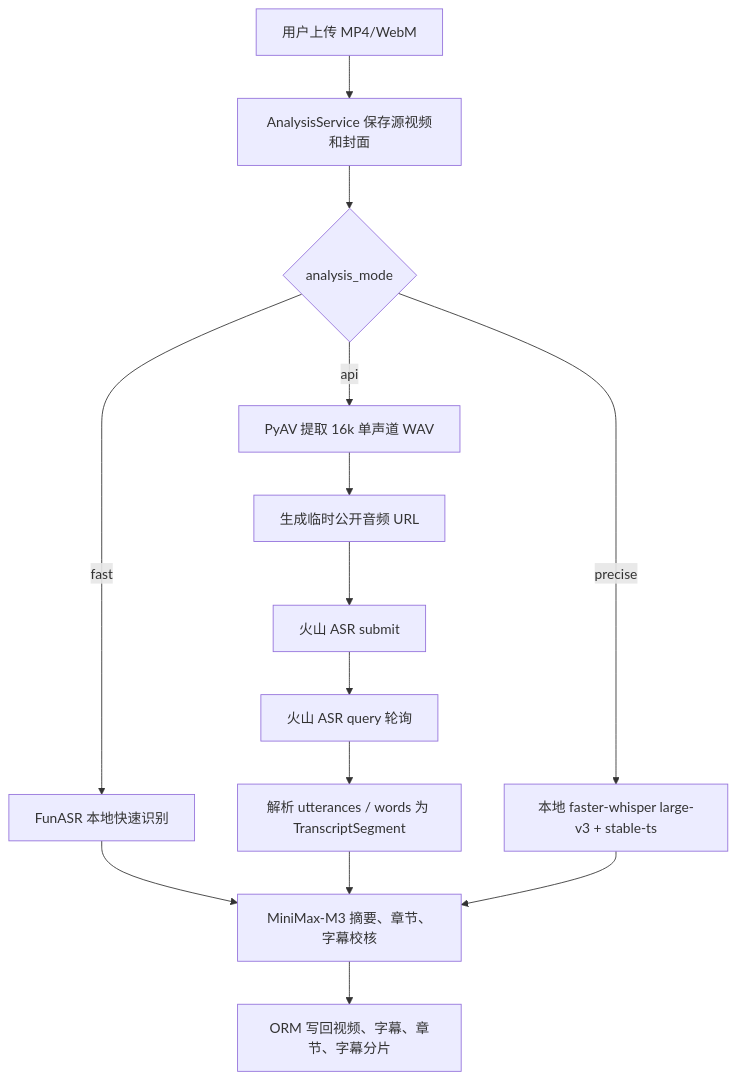
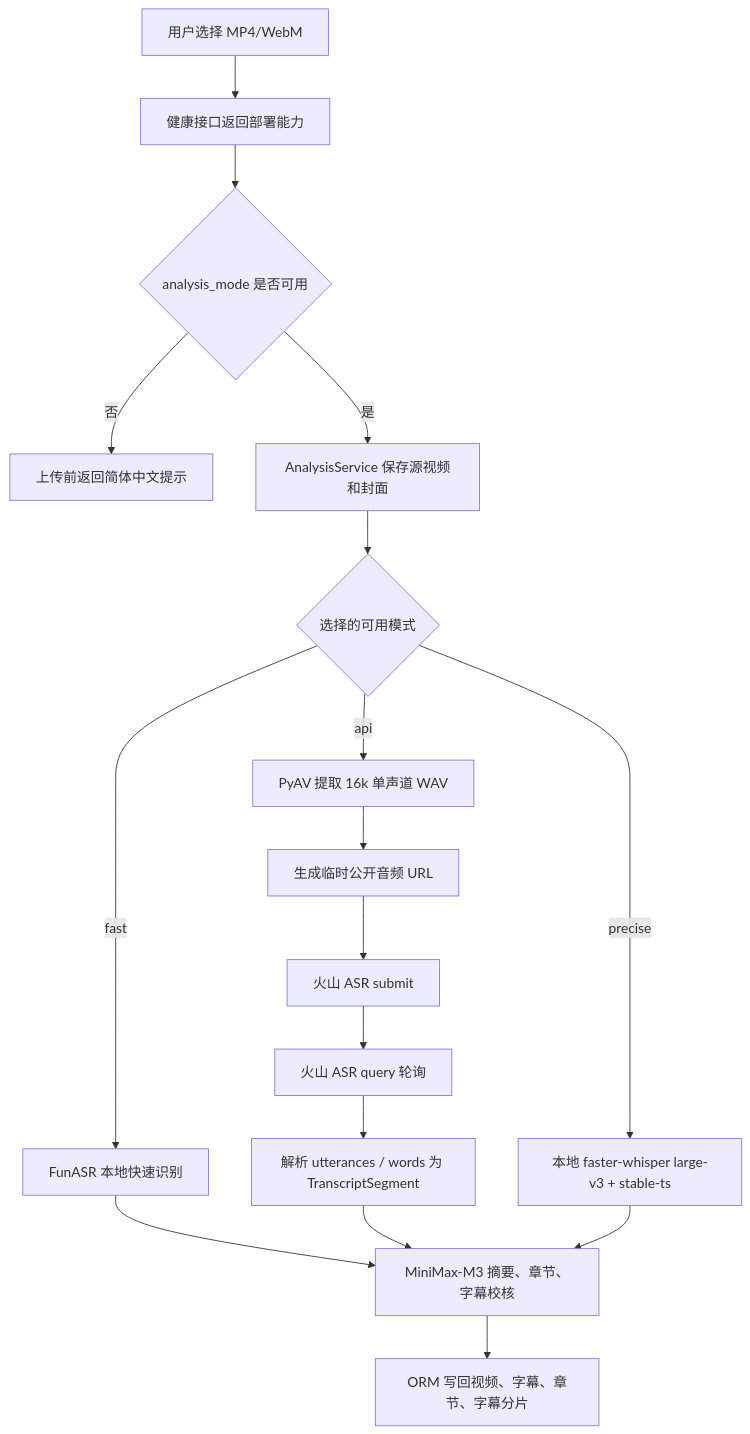
One commit to qwe605/xunlei_ai_video changed diagram 23 of 23 in docs/项目说明文档.md. Above: the diagram before and after it, drawn with Mermaid. The commit also changed other lines of this file and 1 other file, not shown here.

````diff
--- a/docs/项目说明文档.md
+++ b/docs/项目说明文档.md
@@ -1127,16 +1130,19 @@
 ```mermaid
 flowchart TD
-    A["用户上传 MP4/WebM"] --> B["AnalysisService 保存源视频和封面"]
-    B --> C{"analysis_mode"}
-    C -->|fast| D["FunASR 本地快速识别"]
-    C -->|api| E["PyAV 提取 16k 单声道 WAV"]
+    A["用户选择 MP4/WebM"] --> Z["健康接口返回部署能力"]
+    Z --> C{"analysis_mode 是否可用"}
+    C -->|否| X["上传前返回简体中文提示"]
+    C -->|是| B["AnalysisService 保存源视频和封面"]
+    B --> M{"选择的可用模式"}
+    M -->|fast| D["FunASR 本地快速识别"]
+    M -->|api| E["PyAV 提取 16k 单声道 WAV"]
     E --> F["生成临时公开音频 URL"]
     F --> G["火山 ASR submit"]
     G --> H["火山 ASR query 轮询"]
     H --> I["解析 utterances / words 为 TranscriptSegment"]
-    C -->|precise| J["本地 faster-whisper large-v3 + stable-ts"]
+    M -->|precise| J["本地 faster-whisper large-v3 + stable-ts"]
     D --> K["MiniMax-M3 摘要、章节、字幕校核"]
     I --> K
     J --> K
     K --> L["ORM 写回视频、字幕、章节、字幕分片"]
 ```
````
